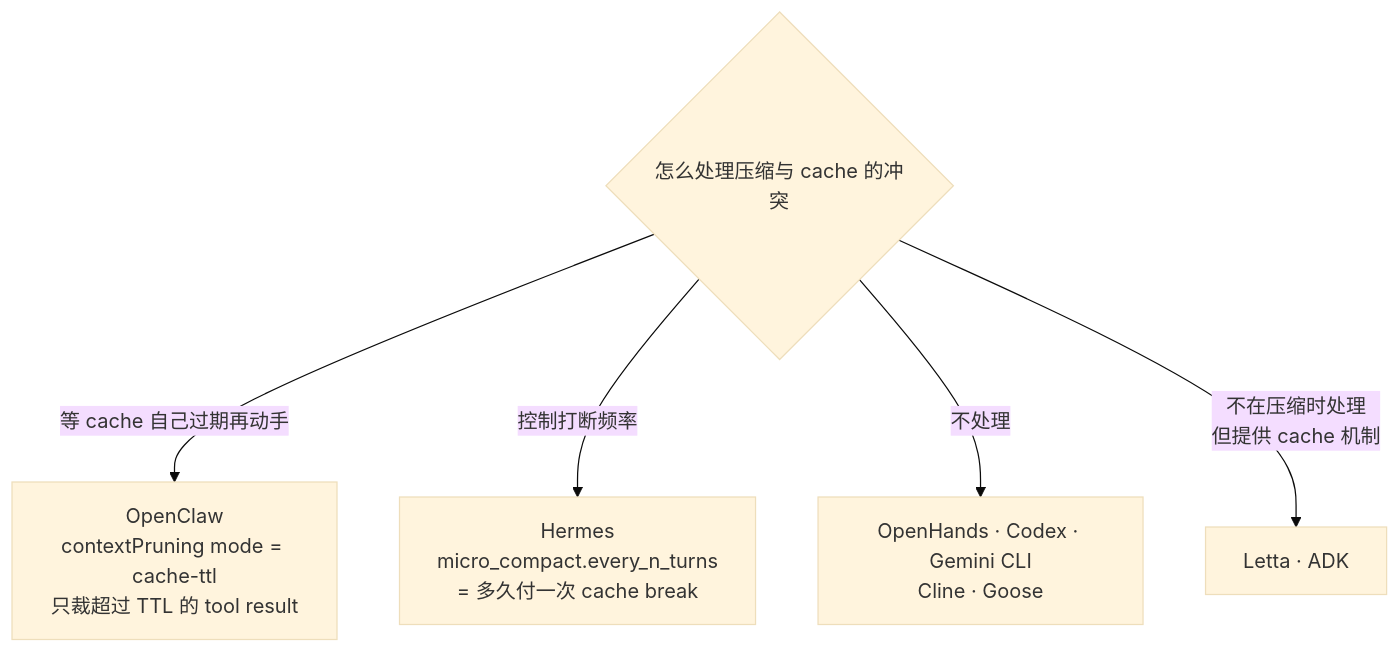
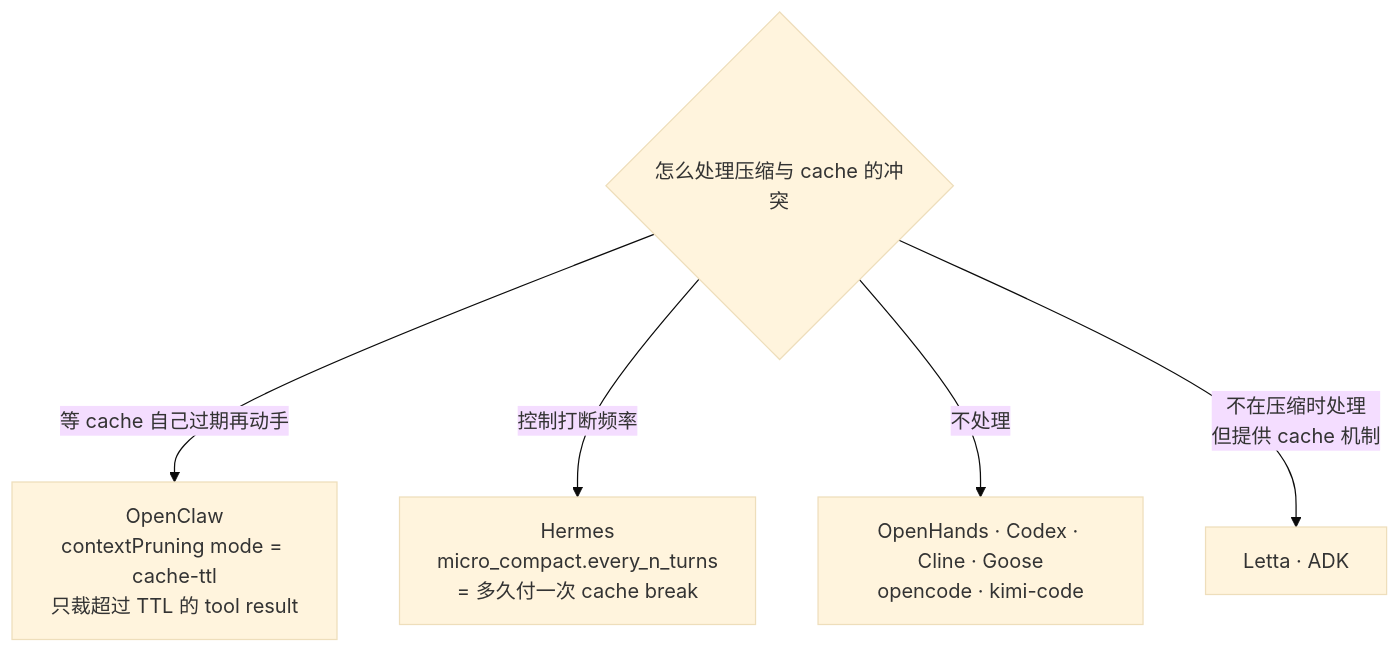
One commit to caiboyang/ML-learning changed the fifth of 18 diagrams in agent-context-compression/Agent_Context_Compression_Research.md. Above: the diagram before and after it, drawn with Mermaid (base theme).

Commit message:
Fix cache strategy diagram scope

````diff
--- a/agent-context-compression/Agent_Context_Compression_Research.md
+++ b/agent-context-compression/Agent_Context_Compression_Research.md
@@ -297,8 +297,8 @@
 ```mermaid
 flowchart TD
     Q{"怎么处理压缩与 cache 的冲突"}
     Q -->|"等 cache 自己过期再动手"| A["OpenClaw<br/>contextPruning mode = cache-ttl<br/>只裁超过 TTL 的 tool result"]
     Q -->|"控制打断频率"| B["Hermes<br/>micro_compact.every_n_turns<br/>= 多久付一次 cache break"]
-    Q -->|"不处理"| C["OpenHands · Codex · Gemini CLI<br/>Cline · Goose"]
+    Q -->|"不处理"| C["OpenHands · Codex · Cline · Goose<br/>opencode · kimi-code"]
     Q -->|"不在压缩时处理<br/>但提供 cache 机制"| D["Letta · ADK"]
 ```
````
